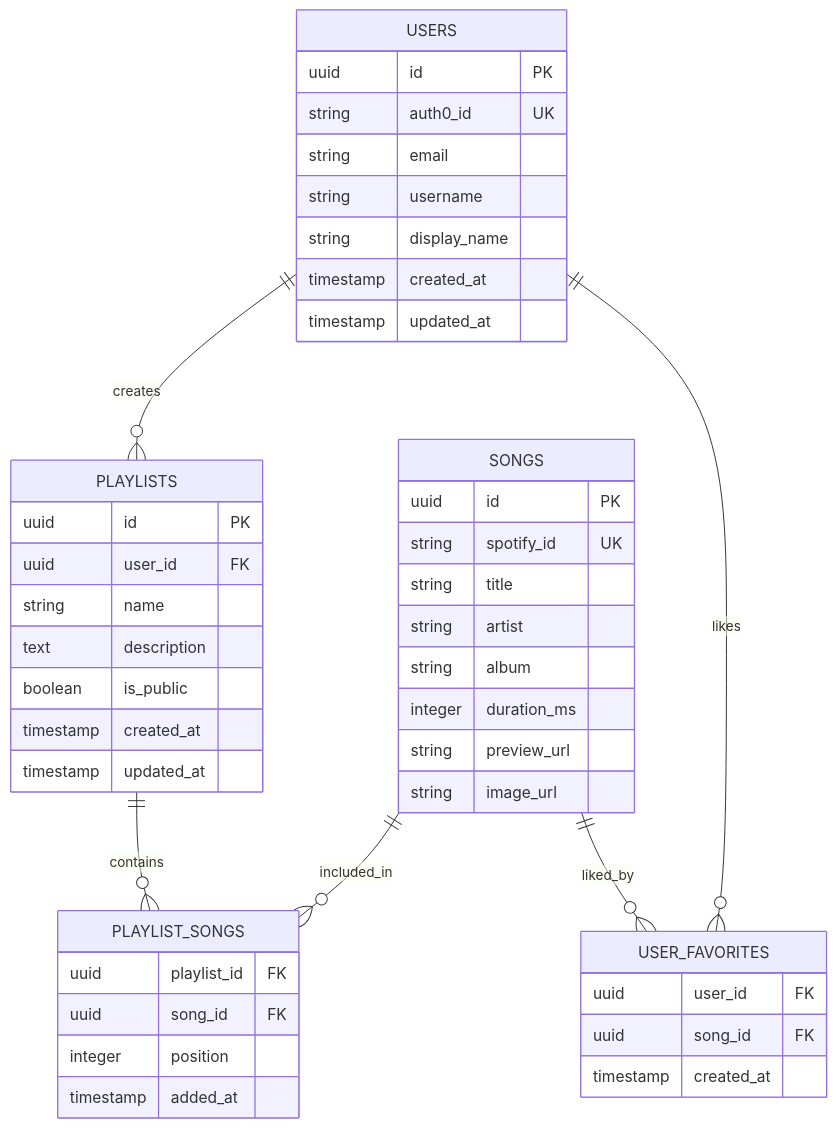
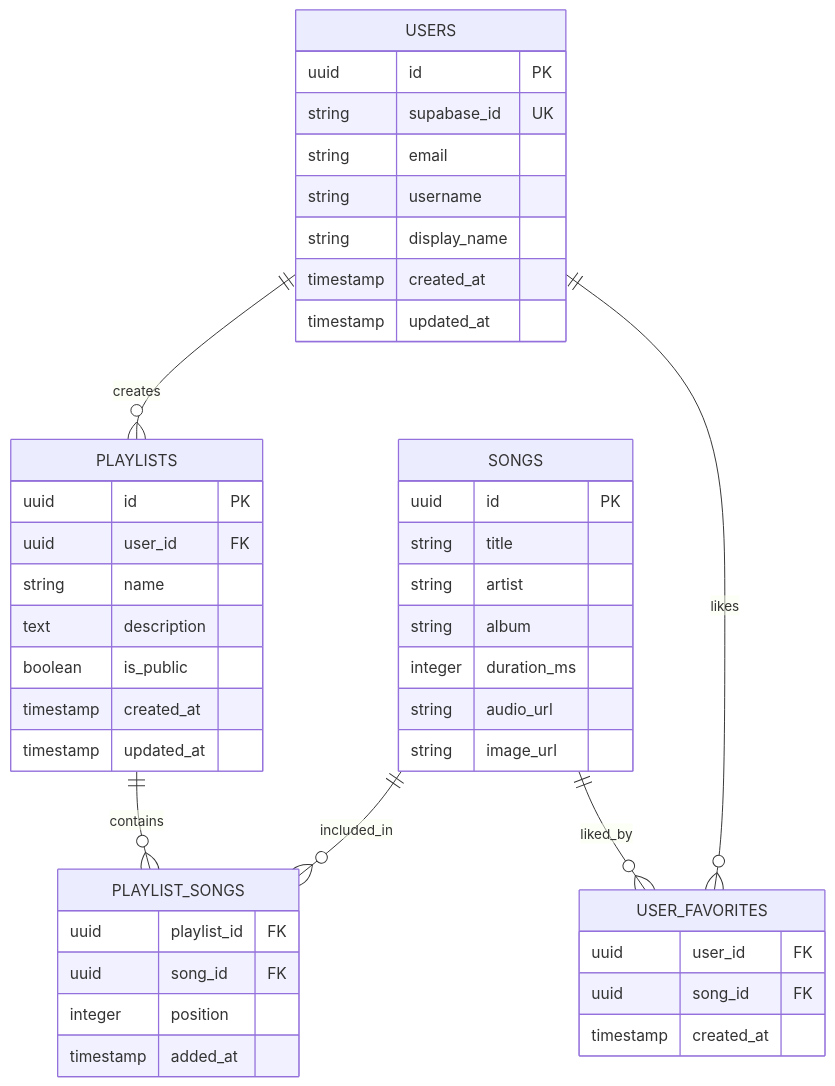
Before and after one commit to ars1mm/spotify-project: the fourth of 4 diagrams in backend/tests/docs/architecture.md, drawn with Mermaid. The commit also changed other lines of this file and 1 other file, not shown here.

Commit message:
Update README and architecture documentation to reflect Supabase Auth integration and remove Auth0 references

````diff
--- a/backend/tests/docs/architecture.md
+++ b/backend/tests/docs/architecture.md
@@ -122,52 +117,51 @@
 ```mermaid
 erDiagram
     USERS {
         uuid id PK
-        string auth0_id UK
+        string supabase_id UK
         string email
         string username
         string display_name
         timestamp created_at
         timestamp updated_at
     }
 
     PLAYLISTS {
         uuid id PK
         uuid user_id FK
         string name
         text description
         boolean is_public
         timestamp created_at
         timestamp updated_at
     }
 
     SONGS {
         uuid id PK
-        string spotify_id UK
         string title
         string artist
         string album
         integer duration_ms
-        string preview_url
+        string audio_url
         string image_url
     }
 
     PLAYLIST_SONGS {
         uuid playlist_id FK
         uuid song_id FK
         integer position
         timestamp added_at
     }
 
     USER_FAVORITES {
         uuid user_id FK
         uuid song_id FK
         timestamp created_at
     }
 
     USERS ||--o{ PLAYLISTS : creates
     PLAYLISTS ||--o{ PLAYLIST_SONGS : contains
     SONGS ||--o{ PLAYLIST_SONGS : included_in
     USERS ||--o{ USER_FAVORITES : likes
     SONGS ||--o{ USER_FAVORITES : liked_by
 ```
````
